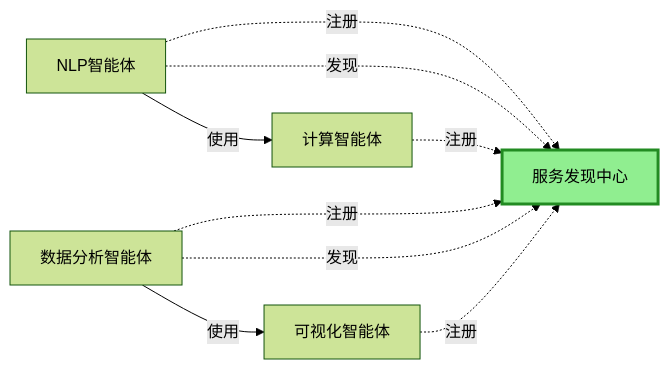
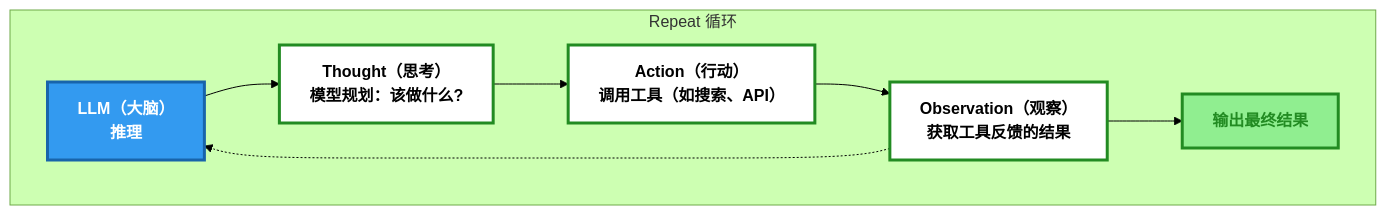
The third of 3 diagrams in src/content/blog/ai-agent.md (Libao-Jun/learn-ai-agent), drawn with Mermaid (forest theme) before and after one commit. The commit also changed other lines of this file, not shown here.

````diff
--- a/src/content/blog/ai-agent.md
+++ b/src/content/blog/ai-agent.md
@@ -149,18 +86,22 @@
 ```mermaid
-graph LR
-    A[NLP智能体]
-    B[计算智能体]
-    C[服务发现中心]
-    D[数据分析智能体]
-    E[可视化智能体]
+  graph TB
+    subgraph Execution[Repeat 循环]
+      A[LLM（大脑）<br>推理]
+      B[Thought（思考）<br>模型规划：该做什么?]
+      C[Action（行动）<br>调用工具（如搜索、API）]
+      D[Observation（观察）<br>获取工具反馈的结果]
+      E[输出最终结果]
 
-    A -.-> |注册|C
-    A -.-> |发现|C
-    A --> |使用|B -.-> |注册|C
+      A --> B
+      B --> C
+      C --> D
+      D -.-> A
+      D --> E
+    end
 
-    D -.-> |注册|C
-    D -.-> |发现|C
-    D --> |使用|E -.-> |注册|C
-
-    style C fill:#90EE90,stroke:#228B22,stroke-width:3px
+    style A fill:#339af0,stroke:#1864ab,stroke-width:3px,color:#fff,font-weight:700
+    style B fill:#fff,stroke:#228B22,stroke-width:3px,color:#000,font-weight:700
+    style C fill:#fff,stroke:#228B22,stroke-width:3px,color:#000,font-weight:700
+    style D fill:#fff,stroke:#228B22,stroke-width:3px,color:#000,font-weight:700
+    style E fill:#90EE90,stroke:#228B22,stroke-width:3px,color:#228B22,font-weight:700
 ```
````
